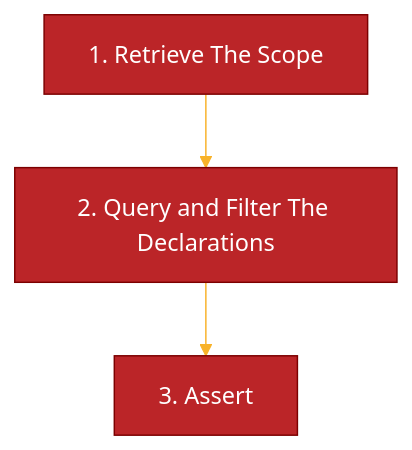
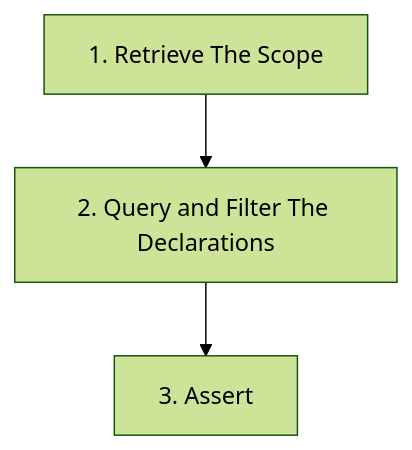
Before and after one commit to LemonAppDev/konsist-documentation: the diagram in getting-started/gettingstarted.md, drawn with Mermaid. The commit also changed 3 other files, not shown here.

````diff
--- a/getting-started/gettingstarted.md
+++ b/getting-started/gettingstarted.md
@@ -74,19 +74,7 @@
 ```mermaid
-%%{
-  init: {
-    'theme': 'base',
-    'themeVariables': {
-      'primaryColor': '#BB2528',
-      'primaryTextColor': '#fff',
-      'primaryBorderColor': '#7C0000',
-      'lineColor': '#F8B229',
-      'secondaryColor': '#006100',
-      'tertiaryColor': '#fff'
-    }
-  }
-}%%
+%%{init: {'theme':'forest'}}%%
 flowchart TB
     Step1["1. Retrieve The Scope"]-->Step2
     Step2["2. Query and Filter The Declarations"]-->Step3
     Step3["3. Assert"]
 ```
````
